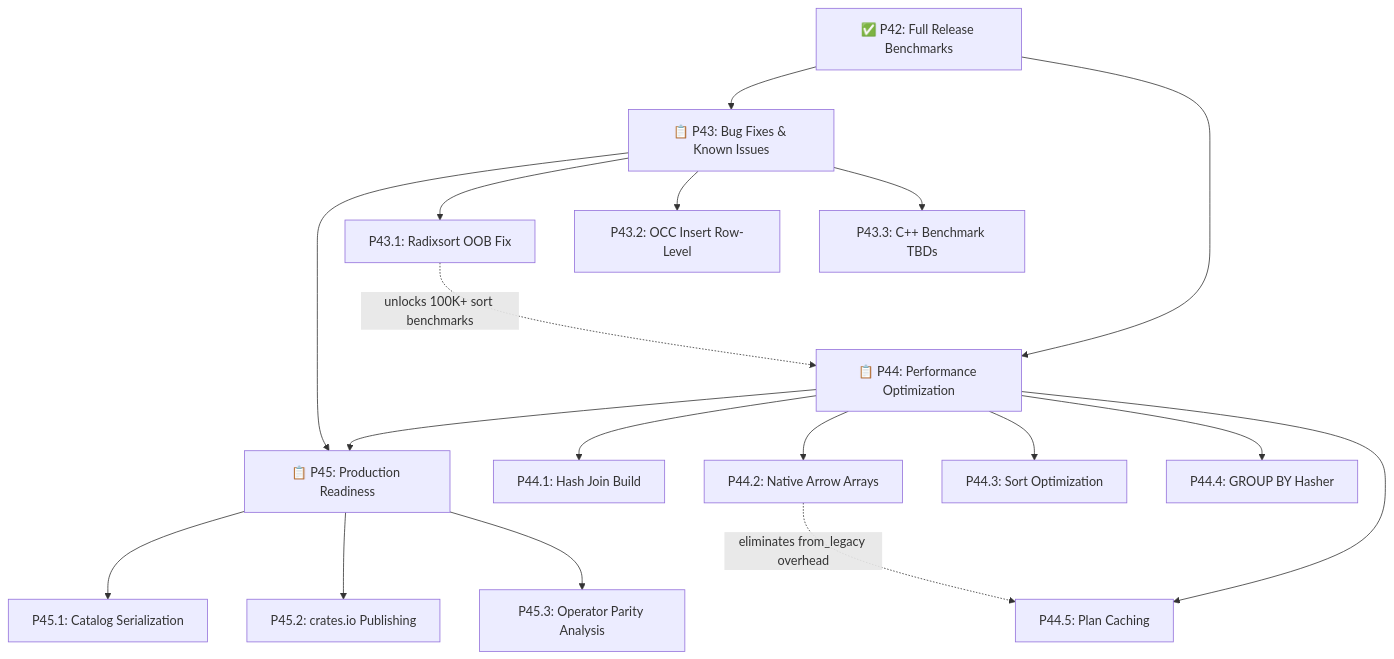
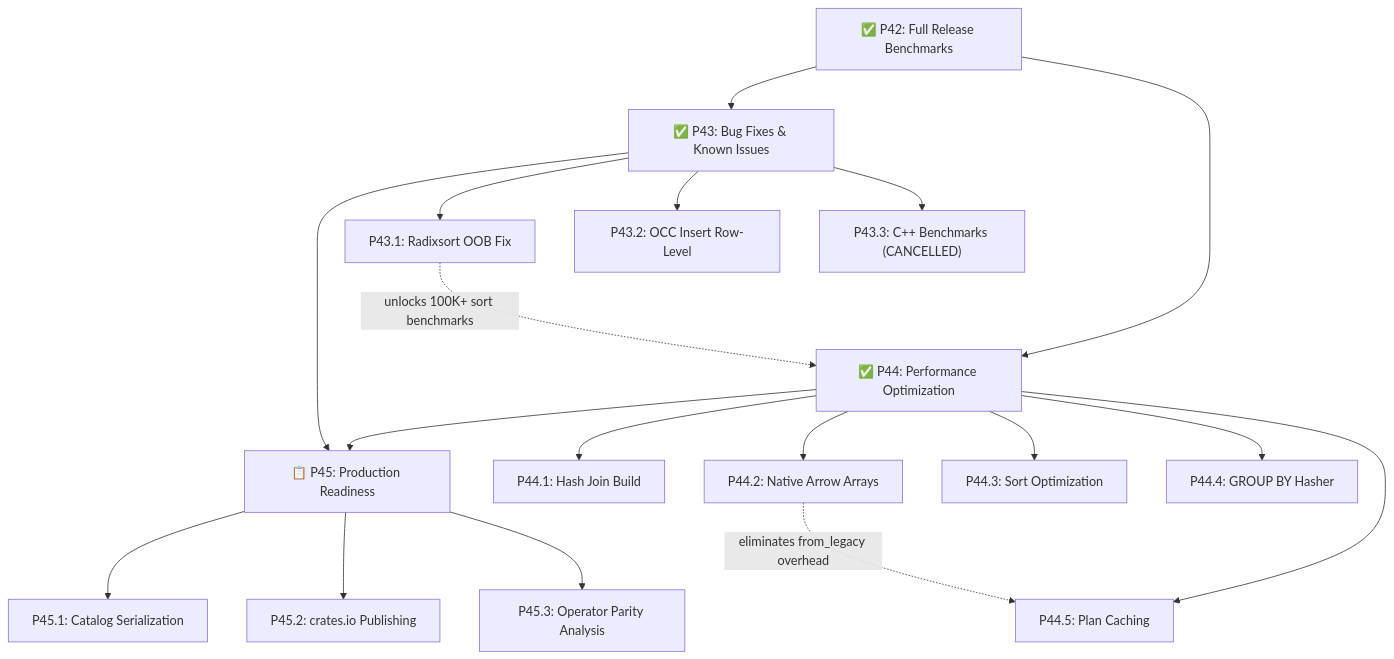
One commit to mlengse/akar changed the diagram in akar-core/implementation_plan.md. Above: the diagram before and after it, drawn with Mermaid. The commit also changed other lines of this file and 52 other files, not shown here.

````diff
--- a/akar-core/implementation_plan.md
+++ b/akar-core/implementation_plan.md
@@ -292,24 +295,24 @@
 ```mermaid
 graph TD
-    P42["✅ P42: Full Release Benchmarks"] --> P43["📋 P43: Bug Fixes & Known Issues"]
-    P42 --> P44["📋 P44: Performance Optimization"]
+    P42["✅ P42: Full Release Benchmarks"] --> P43["✅ P43: Bug Fixes & Known Issues"]
+    P42 --> P44["✅ P44: Performance Optimization"]
     P43 --> P45["📋 P45: Production Readiness"]
     P44 --> P45
 
     P43 --> P43_1["P43.1: Radixsort OOB Fix"]
     P43 --> P43_2["P43.2: OCC Insert Row-Level"]
-    P43 --> P43_3["P43.3: C++ Benchmark TBDs"]
+    P43 --> P43_3["P43.3: C++ Benchmarks (CANCELLED)"]
 
     P44 --> P44_1["P44.1: Hash Join Build"]
     P44 --> P44_2["P44.2: Native Arrow Arrays"]
     P44 --> P44_3["P44.3: Sort Optimization"]
     P44 --> P44_4["P44.4: GROUP BY Hasher"]
     P44 --> P44_5["P44.5: Plan Caching"]
 
     P45 --> P45_1["P45.1: Catalog Serialization"]
     P45 --> P45_2["P45.2: crates.io Publishing"]
     P45 --> P45_3["P45.3: Operator Parity Analysis"]
 
     P43_1 -.->|"unlocks 100K+ sort benchmarks"| P44
     P44_2 -.->|"eliminates from_legacy overhead"| P44_5
 ```
````
